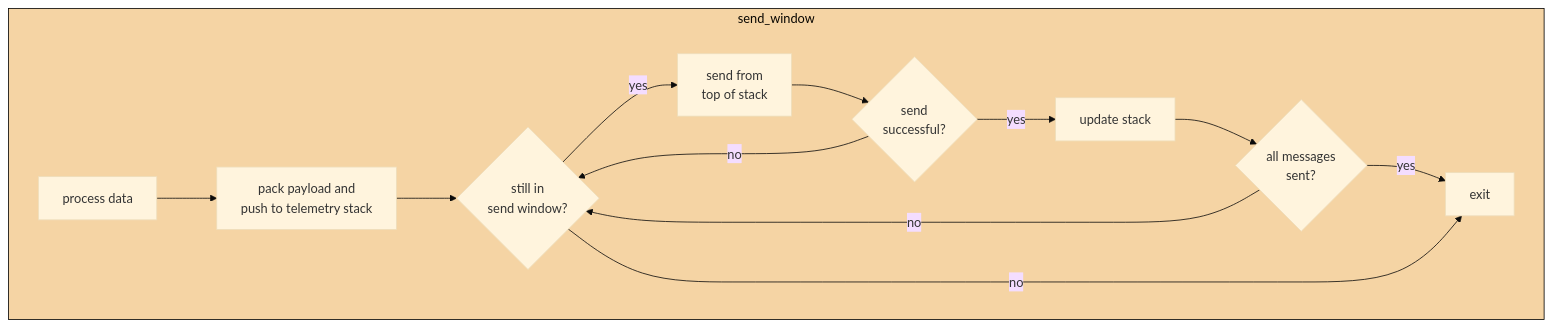
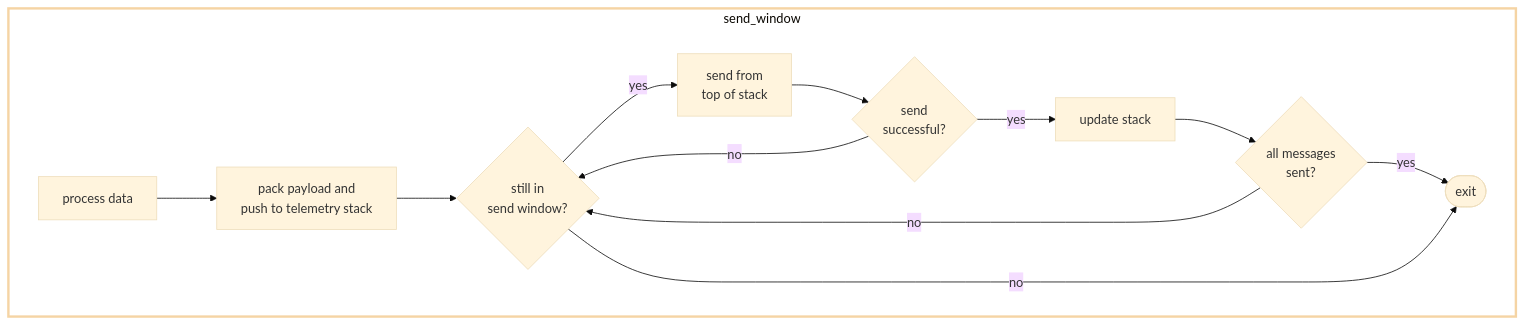
One commit to SASlabgroup/microSWIFT changed the seventh of 7 diagrams in doc/Design.md. Above: the diagram before and after it, drawn with Mermaid (base theme). The commit also changed other lines of this file, not shown here.

````diff
--- a/doc/Design.md
+++ b/doc/Design.md
@@ -190,22 +192,22 @@
 ```mermaid
 flowchart LR
     subgraph send_window
     direction LR
     process["process data"]-->pack["pack payload and<br/>push to telemetry stack"]
             pack-->in_send{"still in<br/>send window?"}
             in_send-->|yes| send["send from<br/>top of stack"];
                 send-->send_successful{"send<br/>successful?"}
                     send_successful-->|yes| update_stack["update stack"]
                         update_stack-->all_sent{"all messages<br/>sent?"}
-                        all_sent-->|yes| exit
+                        all_sent-->|yes| exit([exit])
 
                         all_sent-->|no| in_send
 
                     send_successful-->|no| in_send
 
             in_send-->|no| exit
     end
-
-    classDef orange fill:#f5d4a4,stroke:#000000,stroke-width:1px
+    
+    classDef orange fill:#FFFFFF,stroke:#f5d4a4,stroke-width:3px
     class send_window orange
 ```
````
